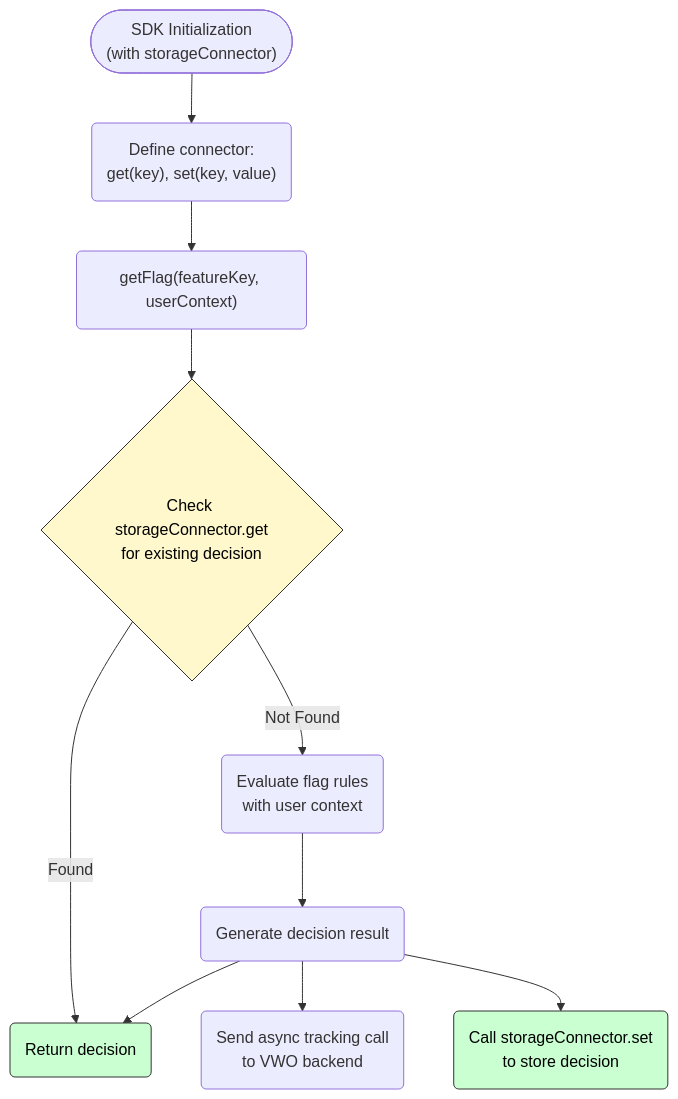
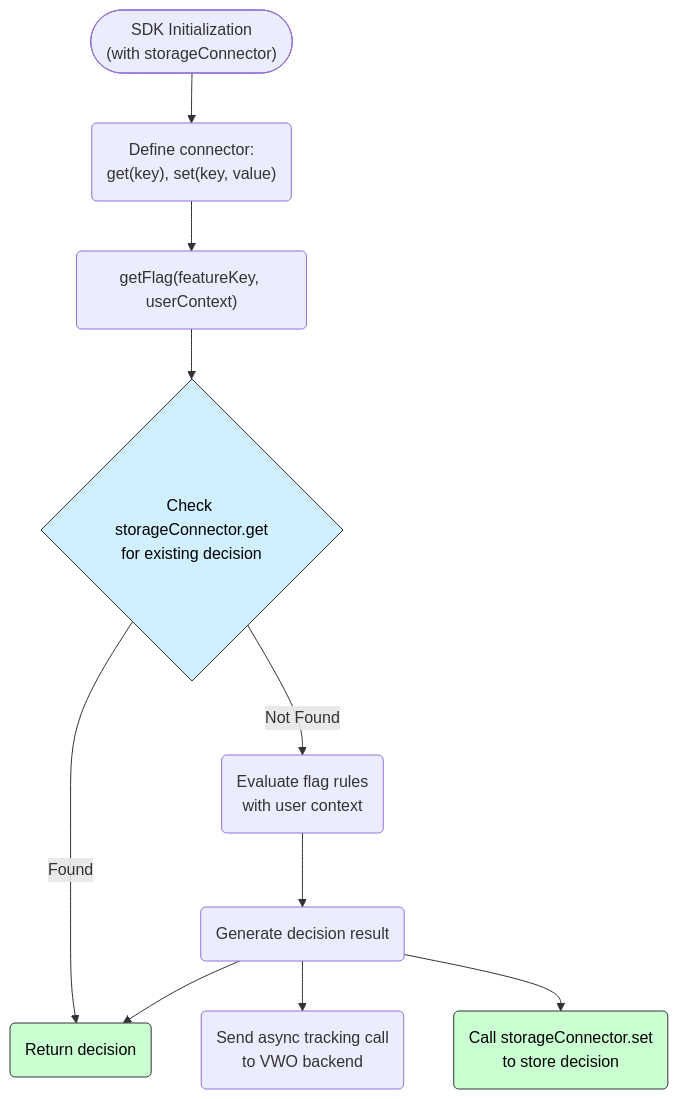
Before and after one commit to wingify/readme-central: the third of 3 diagrams in docs/SDK Reference/fme-sdks-working.md, drawn with Mermaid. The commit also changed other lines of this file, not shown here.

Commit message:
Update doc `fme-sdks-working`

````diff
--- a/docs/SDK Reference/fme-sdks-working.md
+++ b/docs/SDK Reference/fme-sdks-working.md
@@ -155,27 +155,27 @@
 ```mermaid
 flowchart TD
     A0(["SDK Initialization<br/>(with storageConnector)"]) --> A1("Define connector:<br/>get(key), set(key, value)")
 
     A2("getFlag(featureKey, userContext)") --> B1{"Check storageConnector.get<br/>for existing decision"}
     
     B1 -- Found --> B2("Return decision")
     
     B1 -- Not Found --> C1("Evaluate flag rules<br/>with user context")
     C1 --> C2("Generate decision result")
     C2 --> C3("Send async tracking call<br/>to VWO backend")
     C2 --> C4("Call storageConnector.set<br/>to store decision")
     C2 --> B2
 
     A1 --> A2
 
     %% Assign classes to nodes
     class A2 api
     class B1 conditional
     class B2 cached
     class C4 cached
 
     %% Define styles for light and dark themes
-    classDef conditional fill:#fff8cc,stroke:#333,stroke-width:1px,color:#000
+    classDef conditional fill:#d0efff,stroke:#333,stroke-width:1px,color:#000
     classDef cached fill:#caffd2,stroke:#333,stroke-width:1px,color:#000
 
 ```
````
